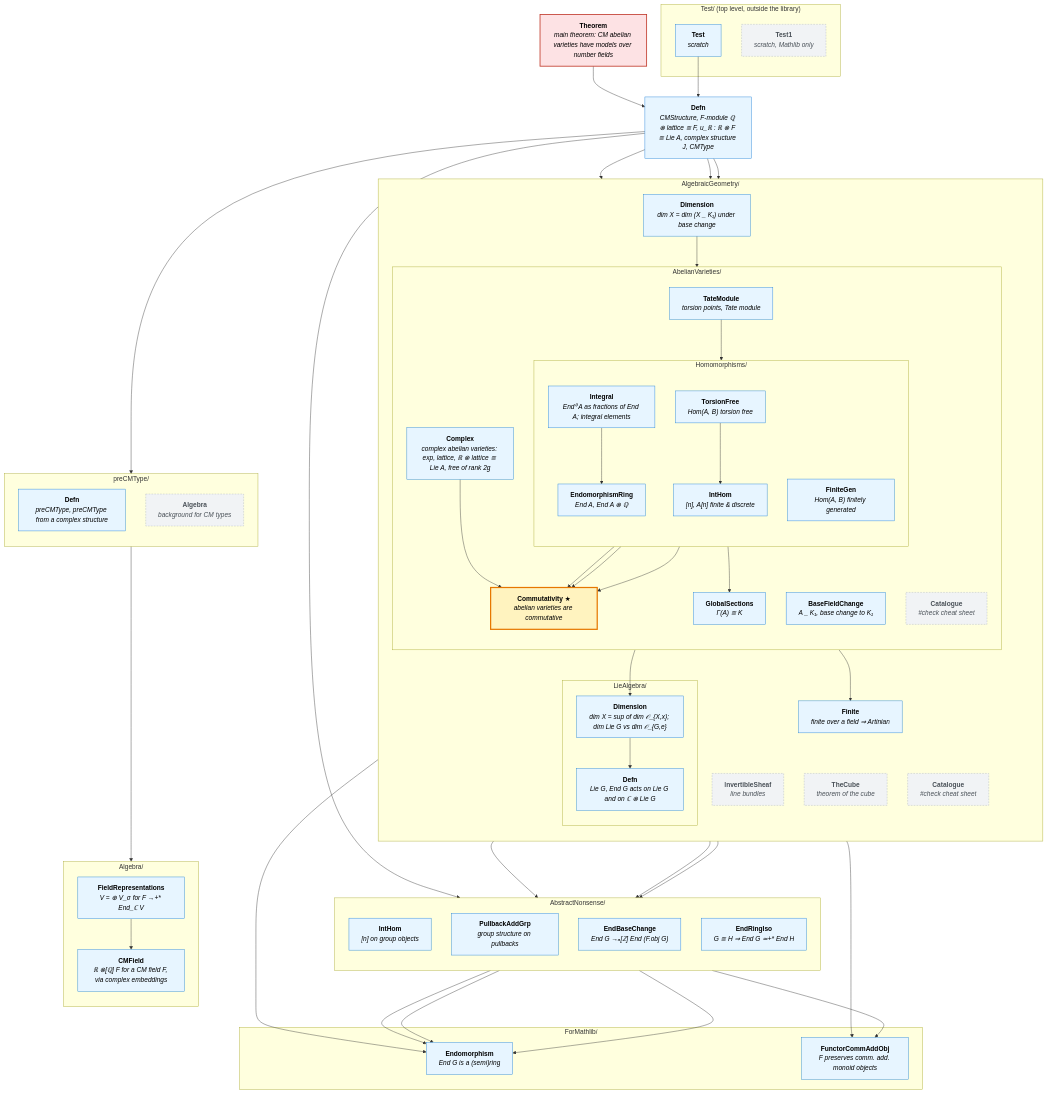
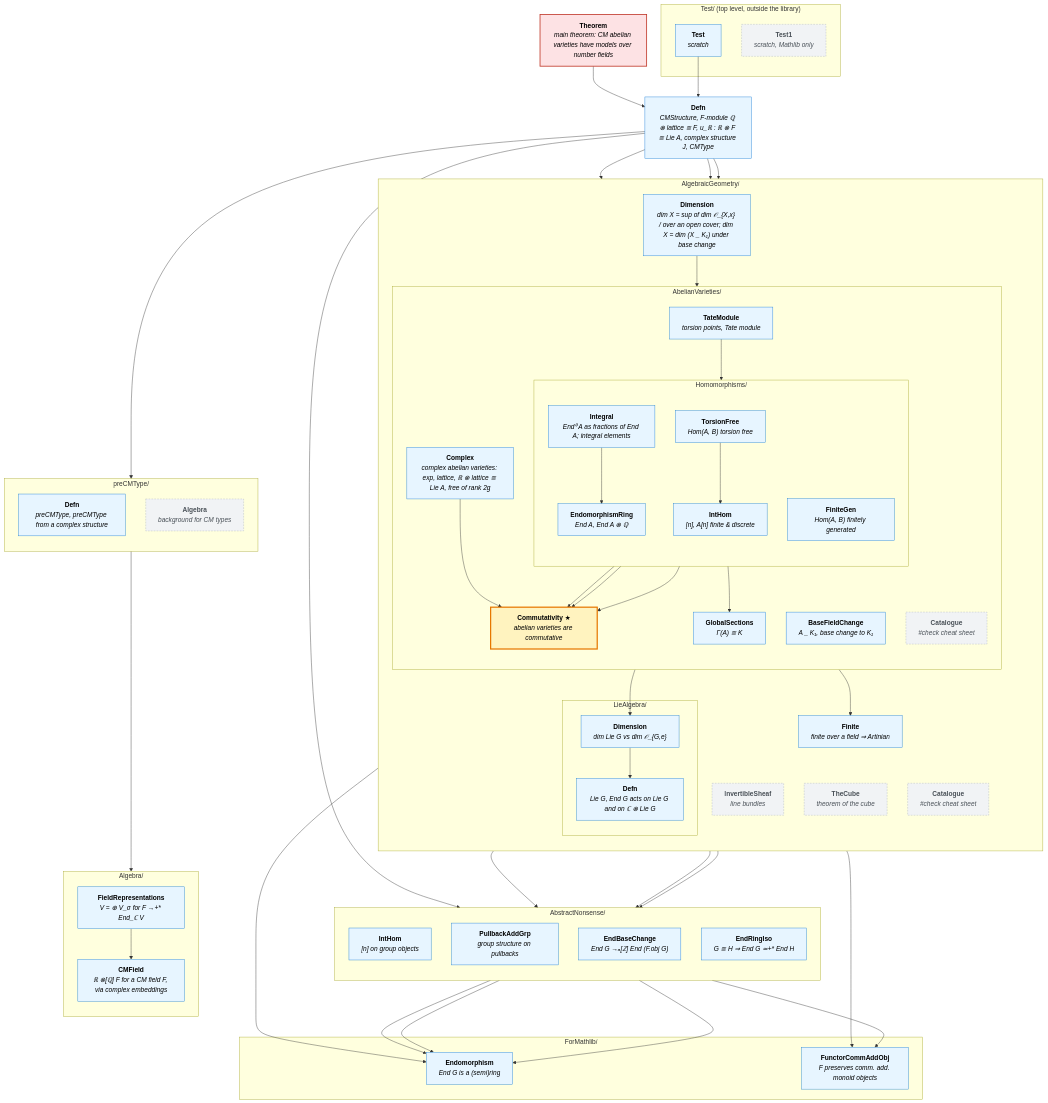
One commit to abhijitaj1997/CMAbelianVarieties changed the diagram in MindMap.md. Above: the diagram before and after it, drawn with Mermaid. The commit also changed 3 other files, not shown here.

```diff
--- a/MindMap.md
+++ b/MindMap.md
@@ -27,10 +27,10 @@
     Finite["<b>Finite</b><br/><i>finite over a field ⇒ Artinian</i>"]
     InvertibleSheaf["<b>InvertibleSheaf</b><br/><i>line bundles</i>"]
     TheCube["<b>TheCube</b><br/><i>theorem of the cube</i>"]
-    AGDimension["<b>Dimension</b><br/><i>dim X = dim (X _ K₁) under base change</i>"]
+    AGDimension["<b>Dimension</b><br/><i>dim X = sup of dim 𝒪_{X,x} / over an open cover; dim X = dim (X _ K₁) under base change</i>"]
     subgraph LIE["LieAlgebra/"]
       LieAlgebra["<b>Defn</b><br/><i>Lie G, End G acts on Lie G and on ℂ ⊗ Lie G</i>"]
-      Dimension["<b>Dimension</b><br/><i>dim X = sup of dim 𝒪_{X,x}; dim Lie G vs dim 𝒪_{G,e}</i>"]
+      Dimension["<b>Dimension</b><br/><i>dim Lie G vs dim 𝒪_{G,e}</i>"]
     end
     AGCatalogue["<b>Catalogue</b><br/><i>#check cheat sheet</i>"]
     subgraph AV["AbelianVarieties/"]
```
